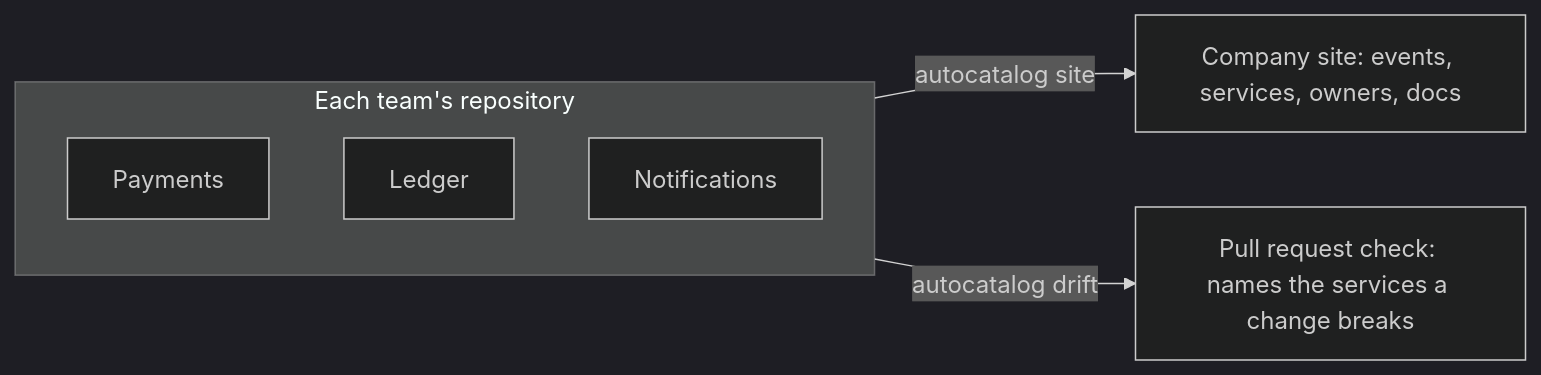
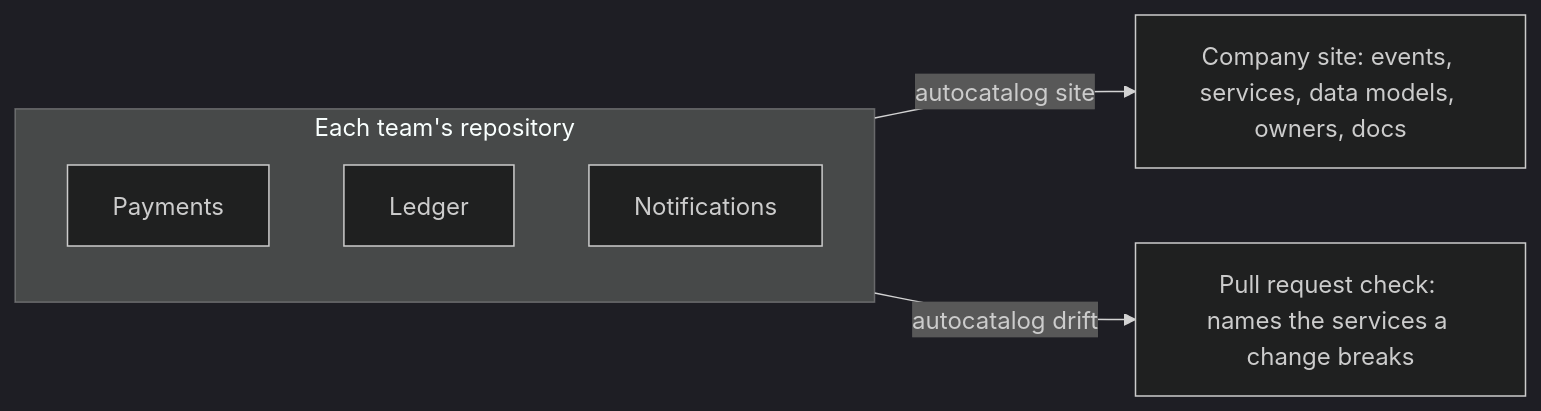
The diagram in README.md (jagreehal/autocatalog), drawn with Mermaid (dark theme) before and after one commit. The commit also changed 131 other files, not shown here.

````diff
--- a/README.md
+++ b/README.md
@@ -14,10 +14,10 @@
 ```mermaid
 flowchart LR
   subgraph repos["Each team's repository"]
     pay[Payments]
     ledger[Ledger]
     notif[Notifications]
   end
-  repos -- autocatalog site --> site["Company site: events, services, owners, docs"]
+  repos -- autocatalog site --> site["Company site: events, services, data models, owners, docs"]
   repos -- autocatalog drift --> pr["Pull request check: names the services a change breaks"]
 ```
````
